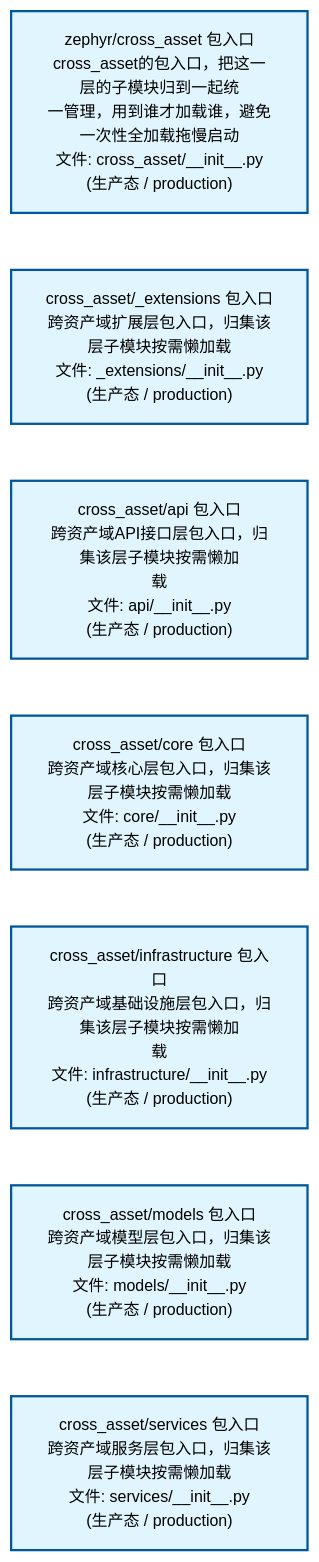
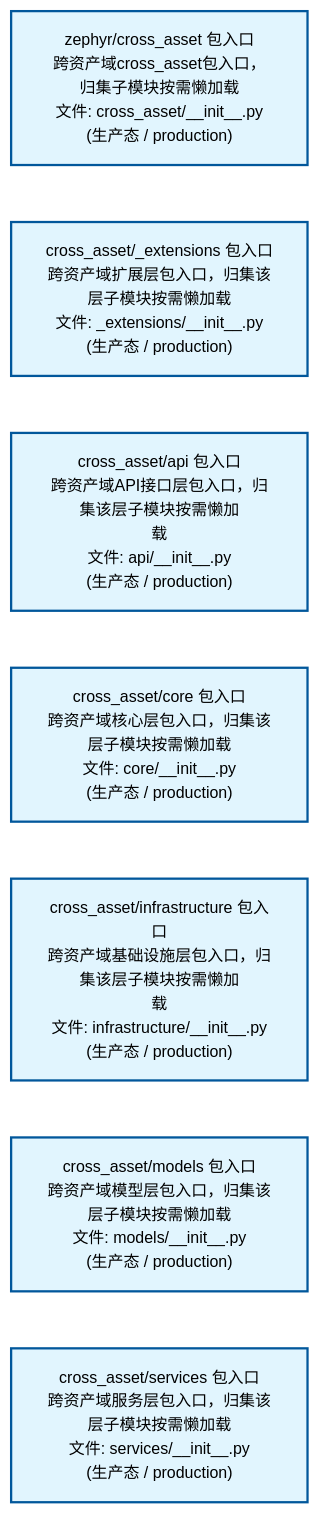
Before and after one commit to xuanFelixVan/ZephyrAlpha: the second of 2 diagrams in docs/02_enterprise_architecture/02_domain_architecture_docs/40_d_cross_asset.md, drawn with Mermaid. The commit also changed other lines of this file and 60 other files, not shown here.

````diff
--- a/docs/02_enterprise_architecture/02_domain_architecture_docs/40_d_cross_asset.md
+++ b/docs/02_enterprise_architecture/02_domain_architecture_docs/40_d_cross_asset.md
@@ -80,22 +80,22 @@
 ```mermaid
 %%{init: {'theme': 'base', 'themeVariables': {'primaryColor': '#eaeaea', 'primaryTextColor': '#333333', 'primaryBorderColor': '#666666', 'lineColor': '#666666', 'secondaryColor': '#eaeaea', 'tertiaryColor': '#eaeaea', 'fontSize': '14px'}}}%%
 flowchart TD
-    src_zephyr_cross_asset_init_py["zephyr/cross_asset 包入口<br/>cross_asset的包入口，把这一层的子模块归到一起统<br/>一管理，用到谁才加载谁，避免一次性全加载拖慢启动<br/>文件: cross_asset/__init__.py<br/>(生产态 / production)"]
+    src_zephyr_cross_asset_init_py["zephyr/cross_asset 包入口<br/>跨资产域cross_asset包入口，归集子模块按需懒加载<br/>文件: cross_asset/__init__.py<br/>(生产态 / production)"]
     src_zephyr_cross_asset_extensions_init_py["cross_asset/_extensions 包入口<br/>跨资产域扩展层包入口，归集该层子模块按需懒加载<br/>文件: _extensions/__init__.py<br/>(生产态 / production)"]
     src_zephyr_cross_asset_api_init_py["cross_asset/api 包入口<br/>跨资产域API接口层包入口，归集该层子模块按需懒加<br/>载<br/>文件: api/__init__.py<br/>(生产态 / production)"]
     src_zephyr_cross_asset_core_init_py["cross_asset/core 包入口<br/>跨资产域核心层包入口，归集该层子模块按需懒加载<br/>文件: core/__init__.py<br/>(生产态 / production)"]
     src_zephyr_cross_asset_infrastructure_init_py["cross_asset/infrastructure 包入口<br/>跨资产域基础设施层包入口，归集该层子模块按需懒加<br/>载<br/>文件: infrastructure/__init__.py<br/>(生产态 / production)"]
     src_zephyr_cross_asset_models_init_py["cross_asset/models 包入口<br/>跨资产域模型层包入口，归集该层子模块按需懒加载<br/>文件: models/__init__.py<br/>(生产态 / production)"]
     src_zephyr_cross_asset_services_init_py["cross_asset/services 包入口<br/>跨资产域服务层包入口，归集该层子模块按需懒加载<br/>文件: services/__init__.py<br/>(生产态 / production)"]
     src_zephyr_cross_asset_init_py ~~~ src_zephyr_cross_asset_extensions_init_py
     src_zephyr_cross_asset_extensions_init_py ~~~ src_zephyr_cross_asset_api_init_py
     src_zephyr_cross_asset_api_init_py ~~~ src_zephyr_cross_asset_core_init_py
     src_zephyr_cross_asset_core_init_py ~~~ src_zephyr_cross_asset_infrastructure_init_py
     src_zephyr_cross_asset_infrastructure_init_py ~~~ src_zephyr_cross_asset_models_init_py
     src_zephyr_cross_asset_models_init_py ~~~ src_zephyr_cross_asset_services_init_py
     classDef production fill:#e1f5fe,stroke:#01579b,stroke-width:2px,color:#000
     classDef design fill:#fff3e0,stroke:#e65100,stroke-width:2px,color:#000,stroke-dasharray: 5 5
     classDef external_prod fill:#e8f4fd,stroke:#0277bd,stroke-width:1px,color:#000
     classDef external_design fill:#fff8e7,stroke:#ef6c00,stroke-width:1px,color:#000,stroke-dasharray: 5 5
     class src_zephyr_cross_asset_init_py,src_zephyr_cross_asset_extensions_init_py,src_zephyr_cross_asset_api_init_py,src_zephyr_cross_asset_core_init_py,src_zephyr_cross_asset_infrastructure_init_py,src_zephyr_cross_asset_models_init_py,src_zephyr_cross_asset_services_init_py production
 ```
````
